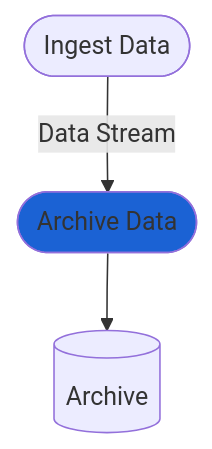
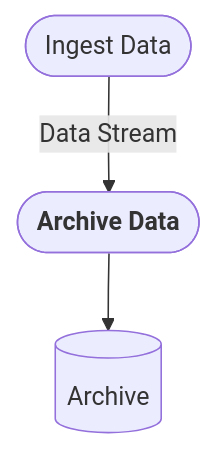
One commit to grillo/grillo-docs changed the diagram in docs/grillo-console/modules/data_management_modules/archive_data.md. Above: the diagram before and after it, drawn with Mermaid. The commit also changed 38 other files, not shown here.

````diff
--- a/docs/grillo-console/modules/data_management_modules/archive_data.md
+++ b/docs/grillo-console/modules/data_management_modules/archive_data.md
@@ -10,5 +10,5 @@
 ```mermaid
 flowchart TB
-   B([Ingest Data])-->|Data Stream| Cp([Archive Data]) --> id1[(Archive)]
-   style Cp fill:#1b62d4
+   B([Ingest Data])-->|Data Stream| Cp([<font color=333333><b>Archive Data</b>]) --> id1[(Archive)]
+   style Cp fill:##99CCFF
 ```
````
